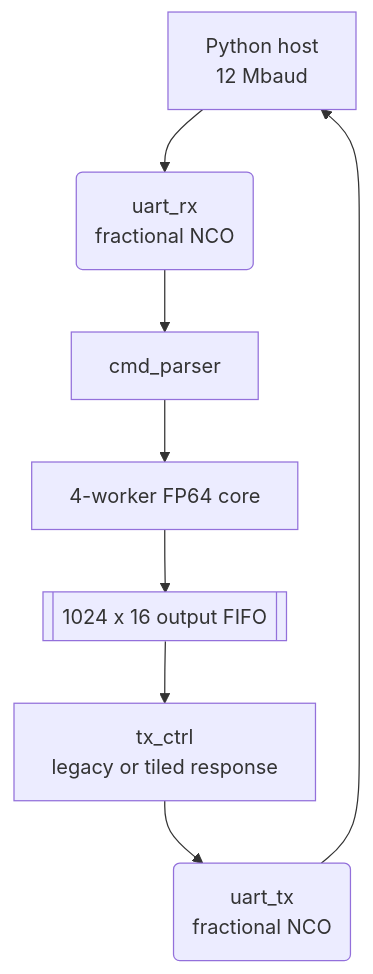
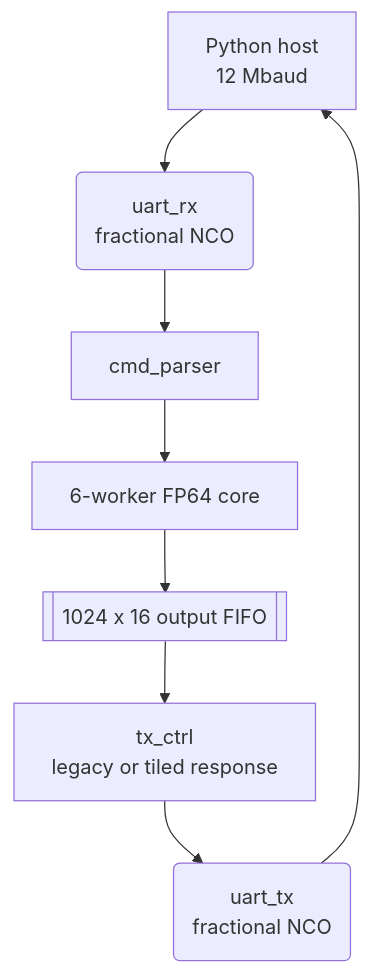
Diagram 13 of 16 in doc/ARCHITECTURE.md (RESBI/FPGA-Mandelbrot-Demo), drawn with Mermaid before and after one commit. The commit also changed other lines of this file and 12 other files, not shown here.

````diff
--- a/doc/ARCHITECTURE.md
+++ b/doc/ARCHITECTURE.md
@@ -685,10 +685,10 @@
 ```mermaid
 flowchart TB
     HOST["Python host<br/>12 Mbaud"] --> RX("uart_rx<br/>fractional NCO")
     RX --> CMD["cmd_parser"]
-    CMD --> CORE["4-worker FP64 core"]
+    CMD --> CORE["6-worker FP64 core"]
     CORE --> OFIFO[["1024 x 16 output FIFO"]]
     OFIFO --> TXC["tx_ctrl<br/>legacy or tiled response"]
     TXC --> TX("uart_tx<br/>fractional NCO")
     TX --> HOST
 ```
````
